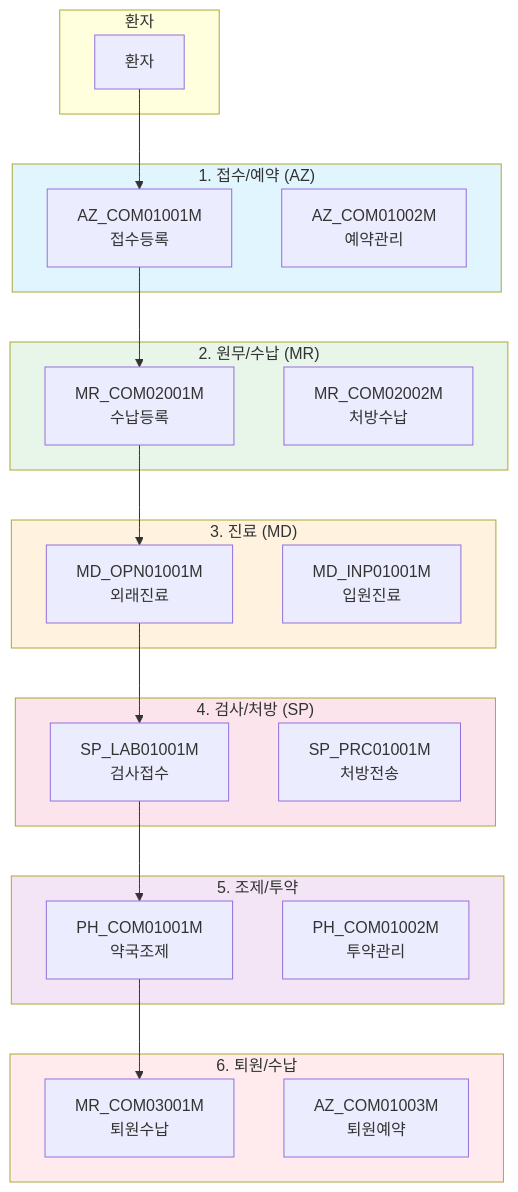
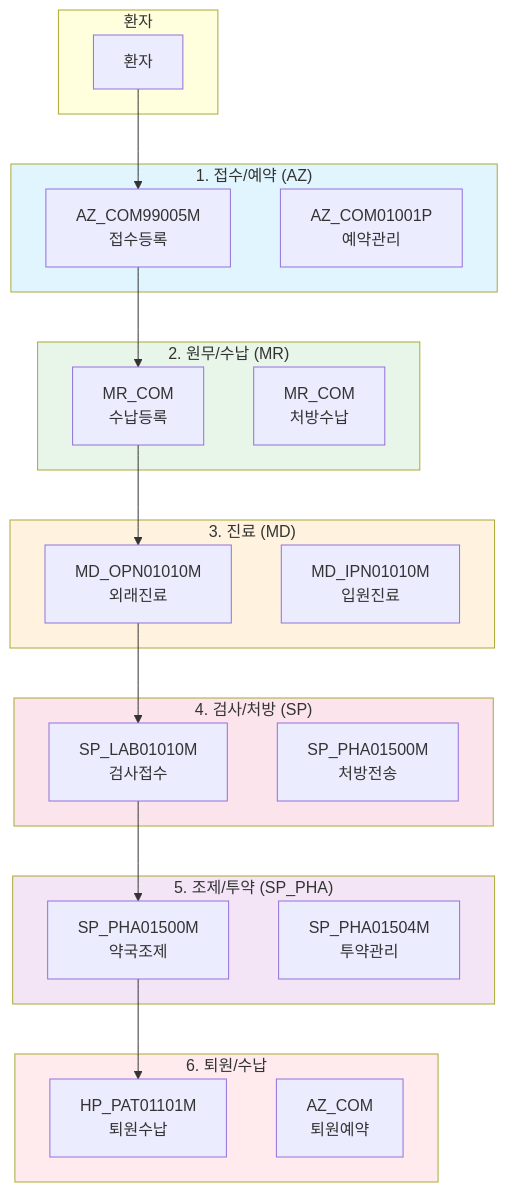
The first of 10 diagrams in patient-journey-simulation.md (forsylph/nph), drawn with Mermaid before and after one commit. The commit also changed other lines of this file and 1 other file, not shown here.

````diff
--- a/patient-journey-simulation.md
+++ b/patient-journey-simulation.md
@@ -34,50 +51,50 @@
 ```mermaid
 flowchart TB
     subgraph Patient["환자"]
         PAT["환자"]
     end
 
     subgraph Stage1["1. 접수/예약 (AZ)"]
-        AZ1["AZ_COM01001M<br/>접수등록"]
-        AZ2["AZ_COM01002M<br/>예약관리"]
+        AZ1["AZ_COM99005M<br/>접수등록"]
+        AZ2["AZ_COM01001P<br/>예약관리"]
     end
 
     subgraph Stage2["2. 원무/수납 (MR)"]
-        MR1["MR_COM02001M<br/>수납등록"]
-        MR2["MR_COM02002M<br/>처방수납"]
+        MR1["MR_COM<br/>수납등록"]
+        MR2["MR_COM<br/>처방수납"]
     end
 
     subgraph Stage3["3. 진료 (MD)"]
-        MD1["MD_OPN01001M<br/>외래진료"]
-        MD2["MD_INP01001M<br/>입원진료"]
+        MD1["MD_OPN01010M<br/>외래진료"]
+        MD2["MD_IPN01010M<br/>입원진료"]
     end
 
     subgraph Stage4["4. 검사/처방 (SP)"]
-        SP1["SP_LAB01001M<br/>검사접수"]
-        SP2["SP_PRC01001M<br/>처방전송"]
+        SP1["SP_LAB01010M<br/>검사접수"]
+        SP2["SP_PHA01500M<br/>처방전송"]
     end
 
-    subgraph Stage5["5. 조제/투약"]
-        PH1["PH_COM01001M<br/>약국조제"]
-        PH2["PH_COM01002M<br/>투약관리"]
+    subgraph Stage5["5. 조제/투약 (SP_PHA)"]
+        PH1["SP_PHA01500M<br/>약국조제"]
+        PH2["SP_PHA01504M<br/>투약관리"]
     end
 
     subgraph Stage6["6. 퇴원/수납"]
-        DC1["MR_COM03001M<br/>퇴원수납"]
-        DC2["AZ_COM01003M<br/>퇴원예약"]
+        DC1["HP_PAT01101M<br/>퇴원수납"]
+        DC2["AZ_COM<br/>퇴원예약"]
     end
 
     PAT --> AZ1
     AZ1 --> MR1
     MR1 --> MD1
     MD1 --> SP1
     SP1 --> PH1
     PH1 --> DC1
 
     style Stage1 fill:#e1f5fe
     style Stage2 fill:#e8f5e9
     style Stage3 fill:#fff3e0
     style Stage4 fill:#fce4ec
     style Stage5 fill:#f3e5f5
     style Stage6 fill:#ffebee
 ```
````
